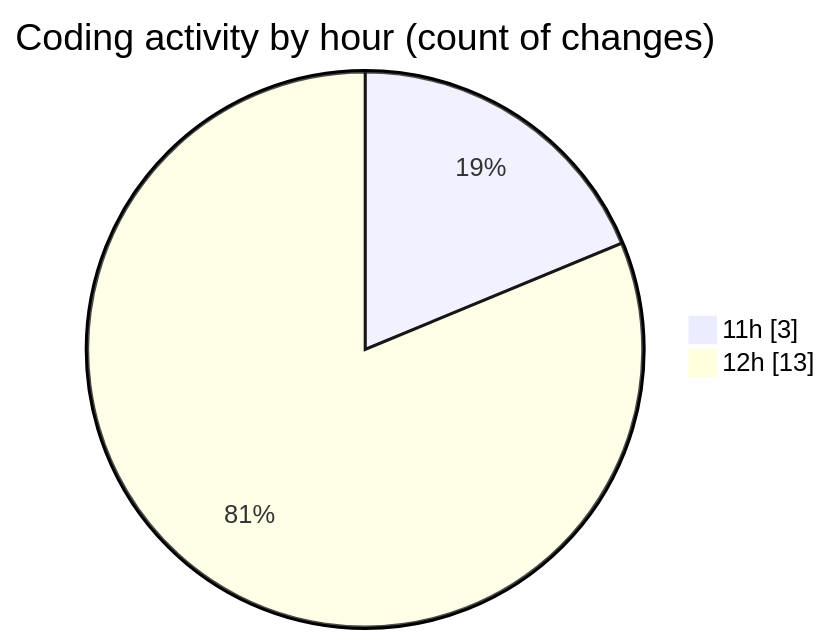
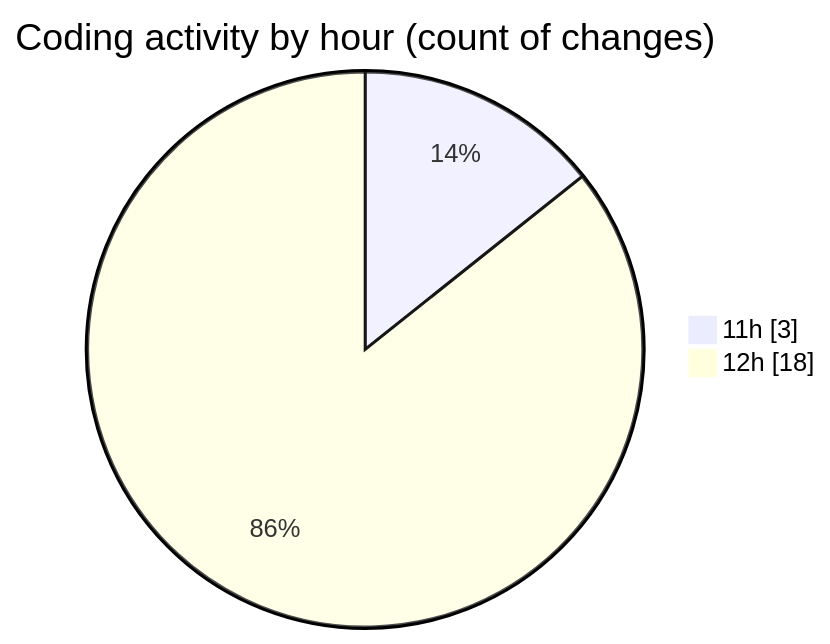
Before and after one commit to nxtqubesakshisongat/code-tracking: the second of 2 diagrams in 2025-05-07/nxtqube_webapp/README.md, drawn with Mermaid. The commit also changed other lines of this file and 1 other file, not shown here.

````diff
--- a/2025-05-07/nxtqube_webapp/README.md
+++ b/2025-05-07/nxtqube_webapp/README.md
@@ -28,6 +28,6 @@
 ```mermaid
 pie showData
 title Coding activity by hour (count of changes)
 "11h" : 3
-"12h" : 13
+"12h" : 18
 ```
````
